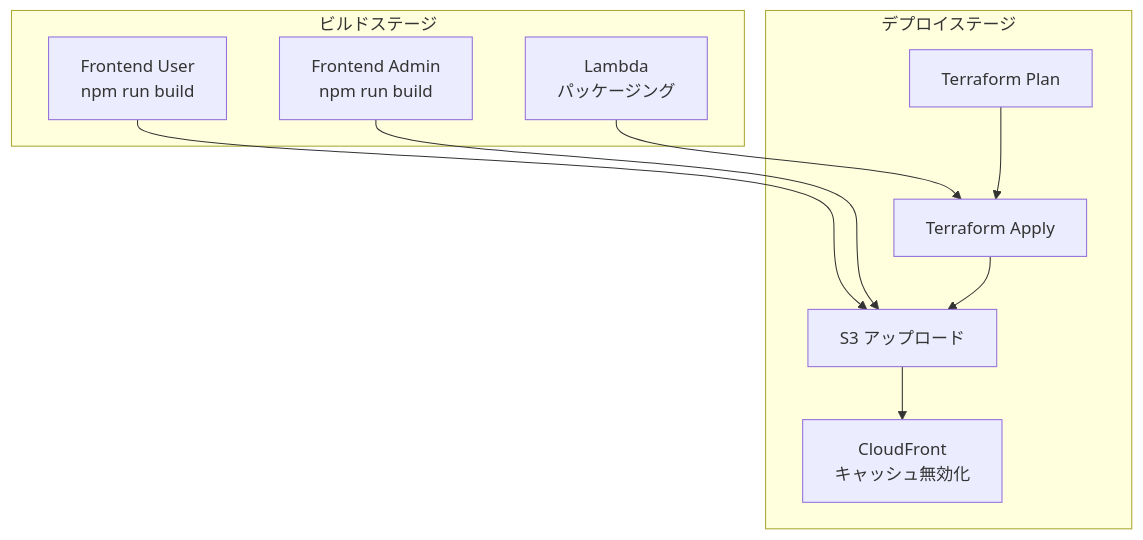
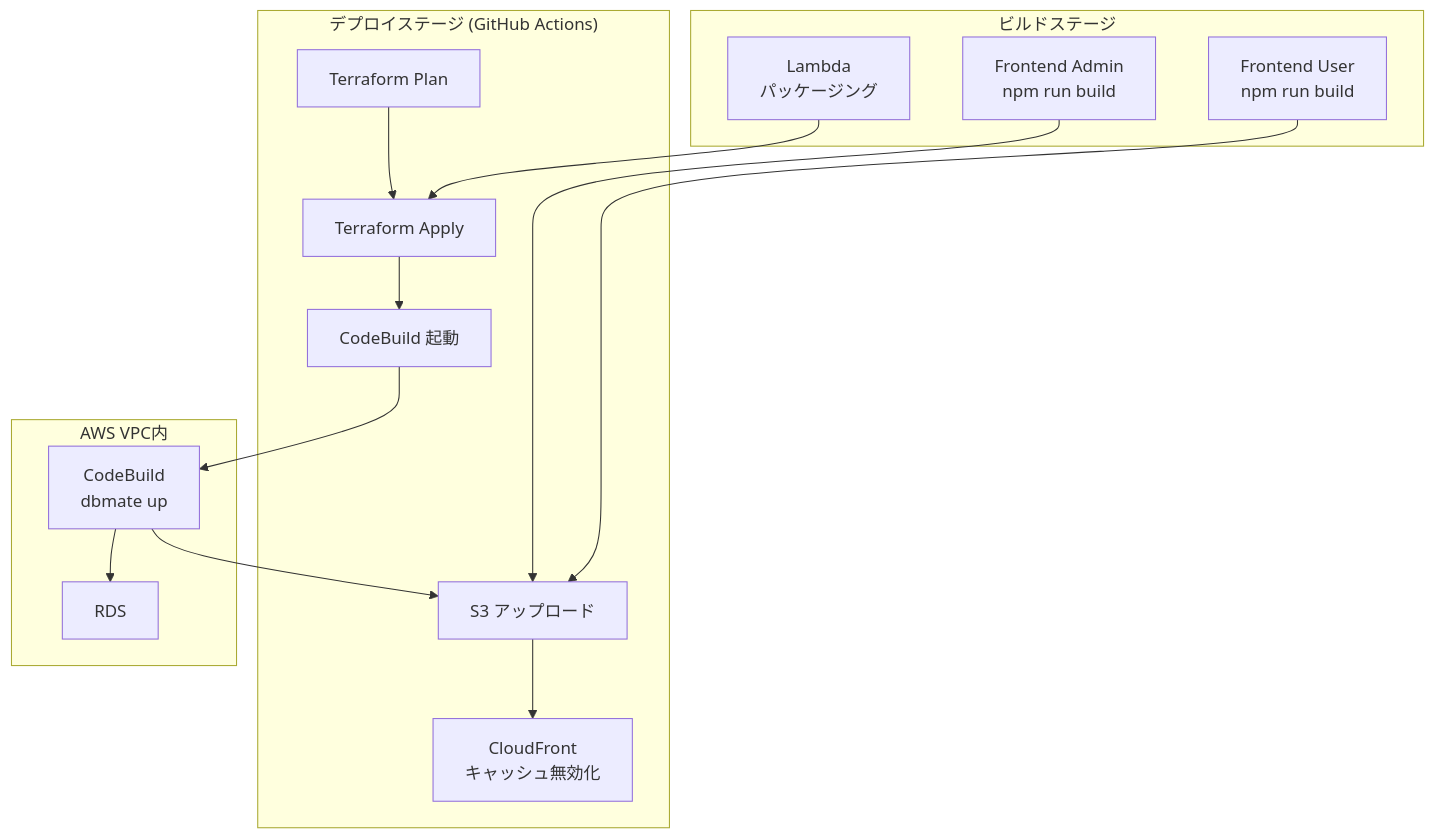
Before and after one commit to MizukiAono/zousho: the eighth of 14 diagrams in docs/cicd-design.md, drawn with Mermaid. The commit also changed other lines of this file and 2 other files, not shown here.

````diff
--- a/docs/cicd-design.md
+++ b/docs/cicd-design.md
@@ -203,22 +207,31 @@
 ```mermaid
 flowchart TB
     subgraph Build["ビルドステージ"]
         BuildFrontendUser["Frontend User<br/>npm run build"]
         BuildFrontendAdmin["Frontend Admin<br/>npm run build"]
         BuildLambda["Lambda<br/>パッケージング"]
     end
 
-    subgraph Deploy["デプロイステージ"]
+    subgraph Deploy["デプロイステージ (GitHub Actions)"]
         TerraformPlan["Terraform Plan"]
         TerraformApply["Terraform Apply"]
+        TriggerCodeBuild["CodeBuild 起動"]
         S3Deploy["S3 アップロード"]
         CFInvalidate["CloudFront<br/>キャッシュ無効化"]
+    end
+
+    subgraph AWS["AWS VPC内"]
+        CodeBuild["CodeBuild<br/>dbmate up"]
+        RDS["RDS"]
     end
 
     BuildFrontendUser --> S3Deploy
     BuildFrontendAdmin --> S3Deploy
     BuildLambda --> TerraformApply
     TerraformPlan --> TerraformApply
-    TerraformApply --> S3Deploy
+    TerraformApply --> TriggerCodeBuild
+    TriggerCodeBuild --> CodeBuild
+    CodeBuild --> RDS
+    CodeBuild --> S3Deploy
     S3Deploy --> CFInvalidate
 ```
````
